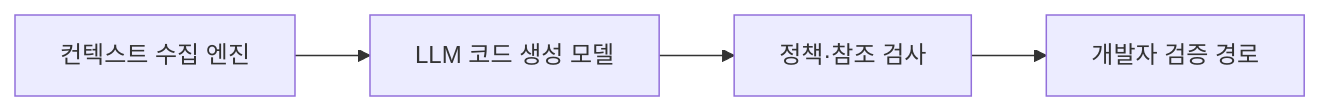
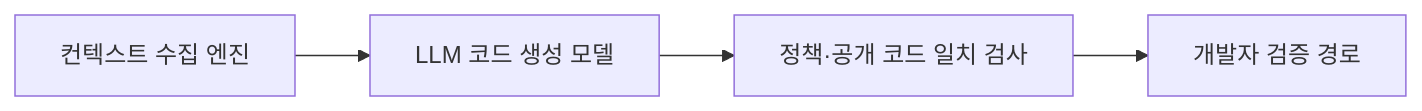
The first of 2 diagrams in src/content/docs/notes/03-software/081_ai_code_generation.md (agnusdei1207/knowledge-base), drawn with Mermaid before and after one commit. The commit also changed other lines of this file and 20 other files, not shown here.

````diff
--- a/src/content/docs/notes/03-software/081_ai_code_generation.md
+++ b/src/content/docs/notes/03-software/081_ai_code_generation.md
@@ -55,6 +60,6 @@
 ```mermaid
 flowchart LR
     C["컨텍스트 수집 엔진"] --> L["LLM 코드 생성 모델"]
-    L --> P["정책·참조 검사"]
+    L --> P["정책·공개 코드 일치 검사"]
     P --> D["개발자 검증 경로"]
 ```
````
